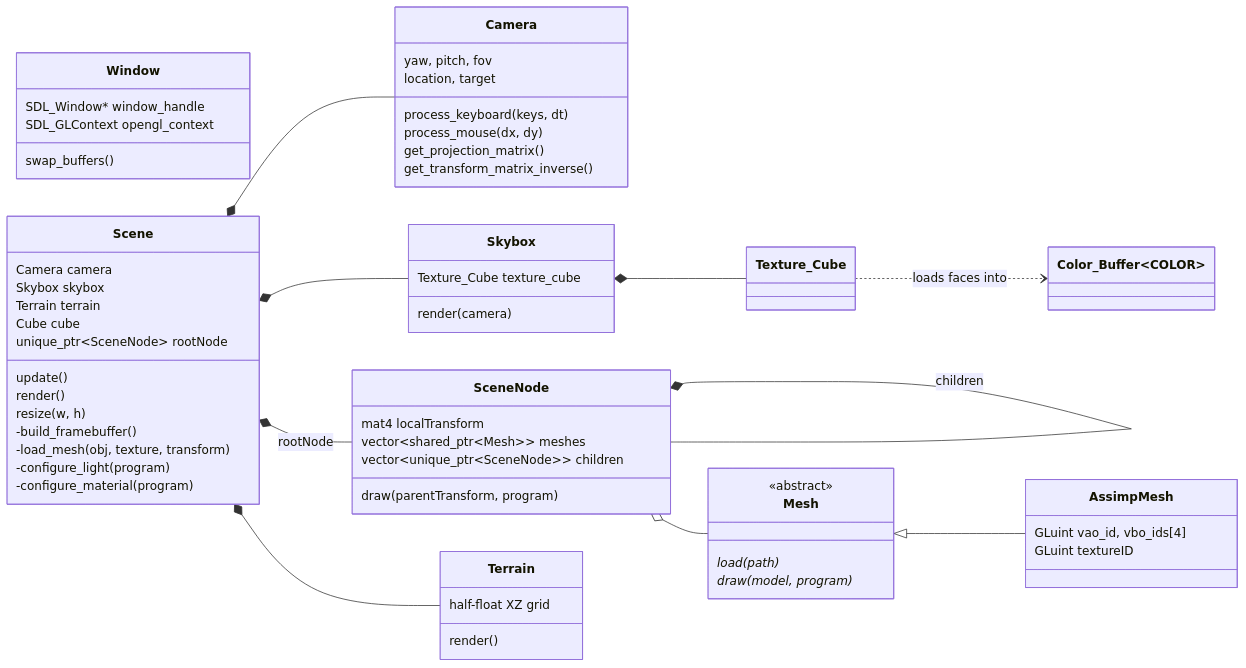
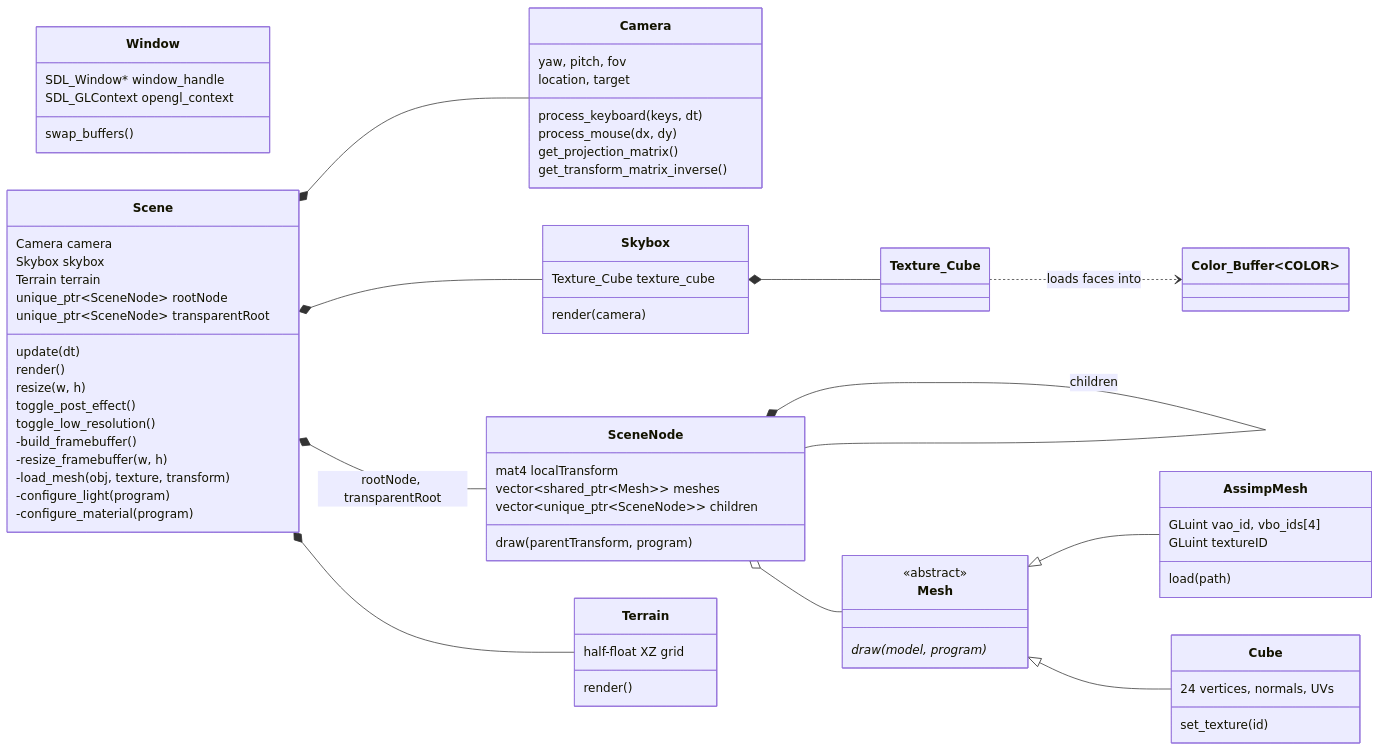
The first of 2 diagrams in docs/02-scene-render.md (miguelrg14/VS_3D-Renderer), drawn with Mermaid before and after one commit. The commit also changed other lines of this file and 2 other files, not shown here.

````diff
--- a/docs/02-scene-render.md
+++ b/docs/02-scene-render.md
@@ -13,66 +13,74 @@
 ```mermaid
 classDiagram
     direction LR
     class Window {
         SDL_Window* window_handle
         SDL_GLContext opengl_context
         swap_buffers()
     }
     class Scene {
         Camera camera
         Skybox skybox
         Terrain terrain
-        Cube cube
         unique_ptr~SceneNode~ rootNode
-        update()
+        unique_ptr~SceneNode~ transparentRoot
+        update(dt)
         render()
         resize(w, h)
+        toggle_post_effect()
+        toggle_low_resolution()
         -build_framebuffer()
+        -resize_framebuffer(w, h)
         -load_mesh(obj, texture, transform)
         -configure_light(program)
         -configure_material(program)
     }
     class Camera {
         yaw, pitch, fov
         location, target
         process_keyboard(keys, dt)
         process_mouse(dx, dy)
         get_projection_matrix()
         get_transform_matrix_inverse()
     }
     class SceneNode {
         mat4 localTransform
         vector~shared_ptr~Mesh~~ meshes
         vector~unique_ptr~SceneNode~~ children
         draw(parentTransform, program)
     }
     class Mesh {
         <<abstract>>
-        load(path)*
         draw(model, program)*
     }
     class AssimpMesh {
         GLuint vao_id, vbo_ids[4]
         GLuint textureID
+        load(path)
+    }
+    class Cube {
+        24 vertices, normals, UVs
+        set_texture(id)
     }
     class Skybox {
         Texture_Cube texture_cube
         render(camera)
     }
     class Texture_Cube
     class Terrain {
         half-float XZ grid
         render()
     }
     class Color_Buffer~COLOR~
 
     Scene *-- Camera
     Scene *-- Skybox
     Scene *-- Terrain
-    Scene *-- SceneNode : rootNode
+    Scene *-- SceneNode : rootNode, transparentRoot
     SceneNode *-- SceneNode : children
     SceneNode o-- Mesh
     Mesh <|-- AssimpMesh
+    Mesh <|-- Cube
     Skybox *-- Texture_Cube
     Texture_Cube ..> Color_Buffer : loads faces into
 ```
````
